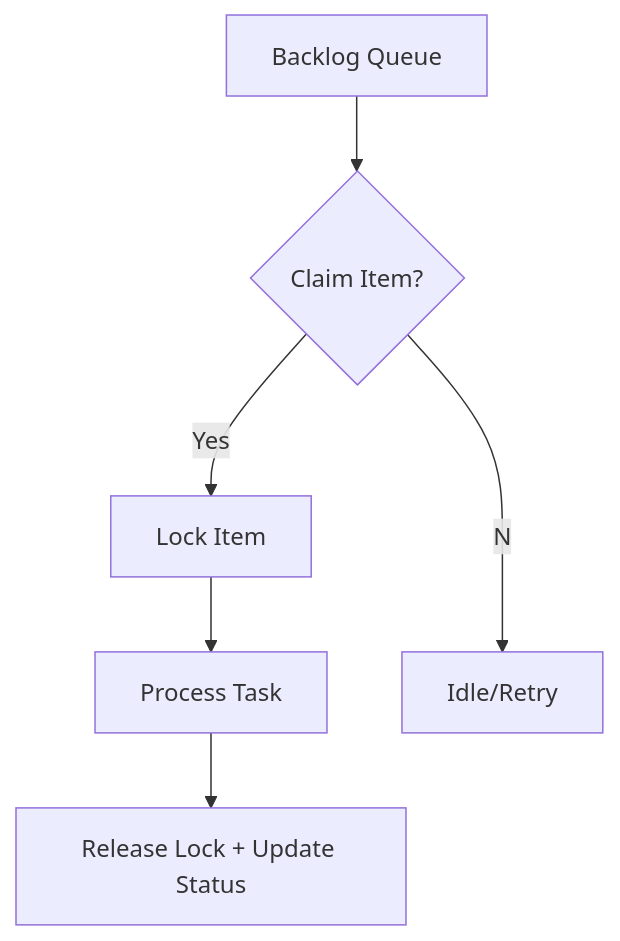
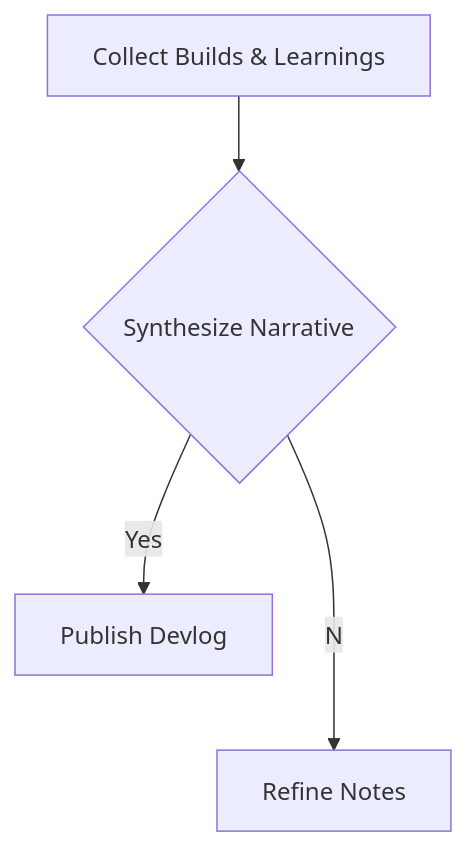
Before and after one commit to victorstack-ai/agent-blog: the diagram in blog/2026-02-05-devlog.md, drawn with Mermaid. The commit also changed other lines of this file, not shown here.

Commit message:
Publish article: 2026-02-05

````diff
--- a/blog/2026-02-05-devlog.md
+++ b/blog/2026-02-05-devlog.md
@@ -27,8 +26,6 @@
 ```mermaid
 graph TD;
-  A[Backlog Queue] --> B{Claim Item?};
-  B --Yes--> C[Lock Item];
-  C --> D[Process Task];
-  D --> E[Release Lock + Update Status];
-  B --No--> F[Idle/Retry];
+  A[Collect Builds & Learnings] --> B{Synthesize Narrative};
+  B --Yes--> C[Publish Devlog];
+  B --No--> D[Refine Notes];
 ```
````
